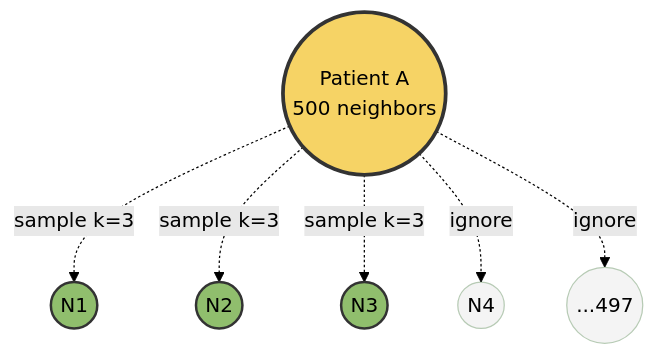
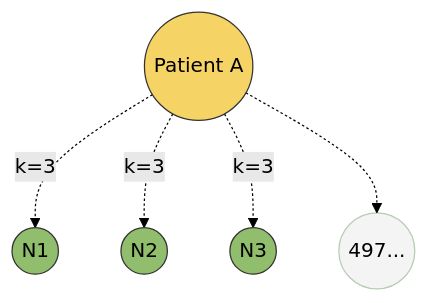
One commit to phiwi/graphnn_lecture changed the eighth of 13 diagrams in slides.md. Above: the diagram before and after it, drawn with Mermaid (forest theme). The commit also changed other lines of this file, not shown here.

````diff
--- a/slides.md
+++ b/slides.md
@@ -1266,18 +1232,16 @@
 ```mermaid
 graph TD
-  A((Patient A<br/>500 neighbors))
+  A((Patient A))
   
-  A -.sample k=3.-> B1((N1))
-  A -.sample k=3.-> B2((N2))
-  A -.sample k=3.-> B3((N3))
+  A -.k=3.-> B1((N1))
+  A -.k=3.-> B2((N2))
+  A -.k=3.-> B3((N3))
   
-  A -.ignore.-> B4((N4))
-  A -.ignore.-> B5((...497))
+  A -.-> B4((497...))
   
-  style A fill:#f6d365,stroke:#333,stroke-width:3px
-  style B1 fill:#90be6d,stroke:#333,stroke-width:2px
-  style B2 fill:#90be6d,stroke:#333,stroke-width:2px
-  style B3 fill:#90be6d,stroke:#333,stroke-width:2px
+  style A fill:#f6d365,stroke:#333
+  style B1 fill:#90be6d,stroke:#333
+  style B2 fill:#90be6d,stroke:#333
+  style B3 fill:#90be6d,stroke:#333
   style B4 fill:#ddd,opacity:0.3
-  style B5 fill:#ddd,opacity:0.3
 ```
````
